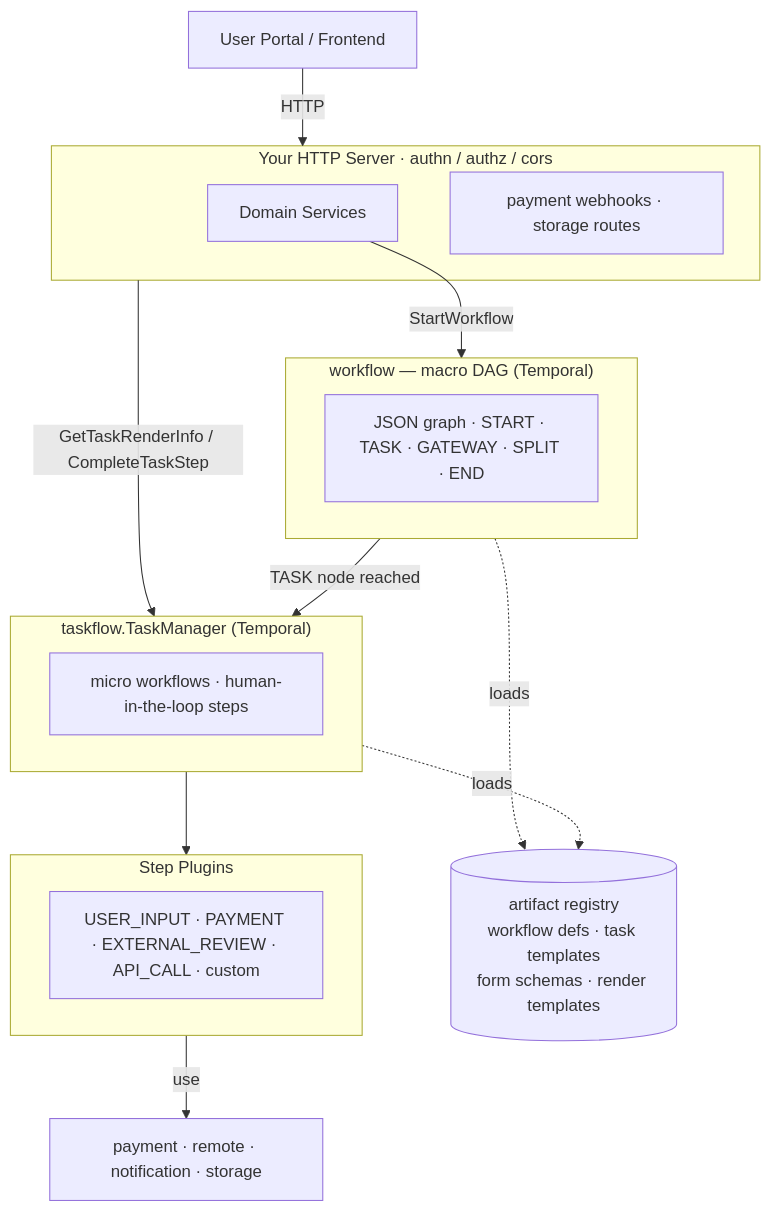
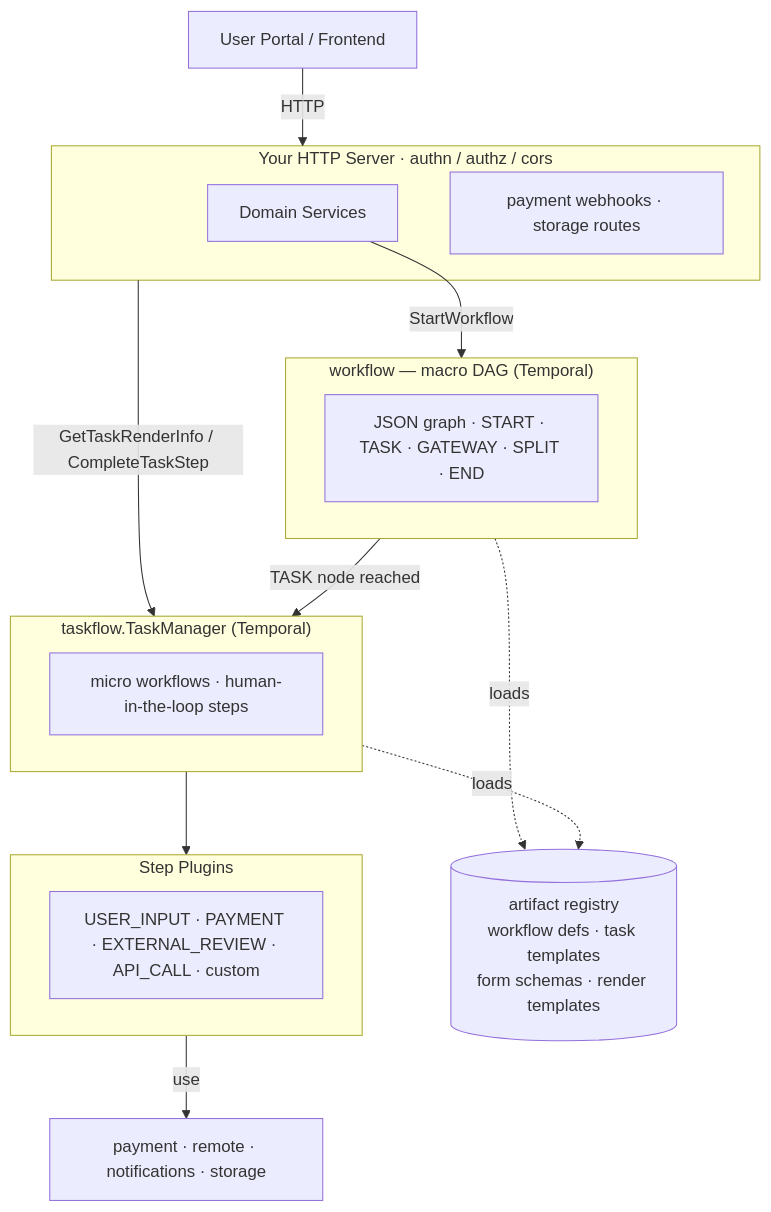
The diagram in README.md (OpenNSW/core), drawn with Mermaid before and after one commit. The commit also changed other lines of this file and 16 other files, not shown here.

````diff
--- a/README.md
+++ b/README.md
@@ -58,33 +58,33 @@
 ```mermaid
 flowchart TD
     Portal["User Portal / Frontend"]
 
     subgraph server["Your HTTP Server · authn / authz / cors"]
         DS["Domain Services"]
         SR["payment webhooks · storage routes"]
     end
 
     subgraph macrowf["workflow — macro DAG (Temporal)"]
         WF["JSON graph · START · TASK · GATEWAY · SPLIT · END"]
     end
 
     subgraph microwf["taskflow.TaskManager (Temporal)"]
         TM["micro workflows · human-in-the-loop steps"]
     end
 
     subgraph pluginset["Step Plugins"]
         P["USER_INPUT · PAYMENT · EXTERNAL_REVIEW · API_CALL · custom"]
     end
 
-    SS["payment · remote · notification · storage"]
+    SS["payment · remote · notifications · storage"]
     AR[("artifact registry<br>workflow defs · task templates<br>form schemas · render templates")]
 
     Portal -->|HTTP| server
     DS -->|StartWorkflow| macrowf
     server -->|"GetTaskRenderInfo / CompleteTaskStep"| microwf
     macrowf -->|TASK node reached| microwf
     microwf --> pluginset
     pluginset -->|use| SS
     macrowf -. loads .-> AR
     microwf -. loads .-> AR
 ```
````
